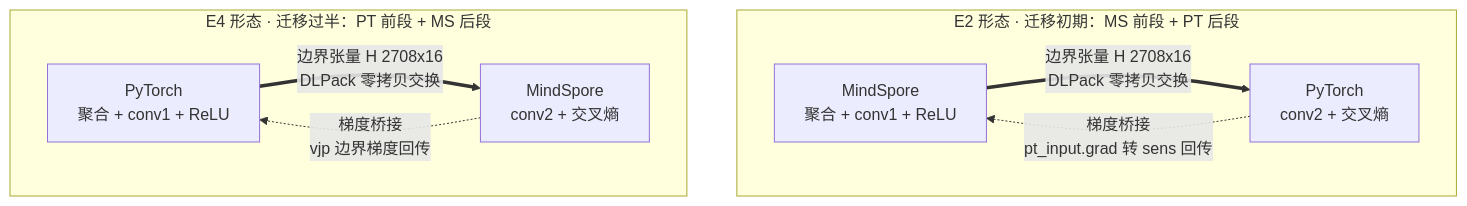
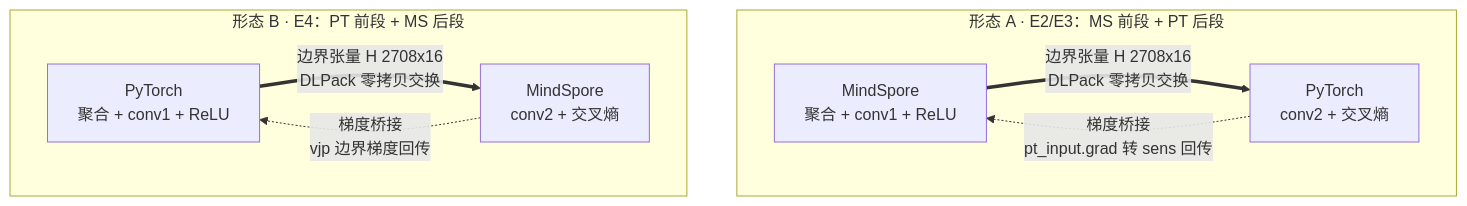
Before and after one commit to gz-ai-frontier-lab/idea-verify: the first of 2 diagrams in dlpack-verify/docs/DLPack混合训练实践报告.md, drawn with Mermaid. The commit also changed other lines of this file and 7 other files, not shown here.

````diff
--- a/dlpack-verify/docs/DLPack混合训练实践报告.md
+++ b/dlpack-verify/docs/DLPack混合训练实践报告.md
@@ -248,13 +155,13 @@
 ```mermaid
 flowchart TB
-    subgraph S1["E2 形态 · 迁移初期：MS 前段 + PT 后段"]
+    subgraph S1["形态 A · E2/E3：MS 前段 + PT 后段"]
         direction LR
         A1["MindSpore<br/>聚合 + conv1 + ReLU"] ==>|"边界张量 H 2708x16<br/>DLPack 零拷贝交换"| B1["PyTorch<br/>conv2 + 交叉熵"]
         B1 -.->|"梯度桥接<br/>pt_input.grad 转 sens 回传"| A1
     end
-    subgraph S2["E4 形态 · 迁移过半：PT 前段 + MS 后段"]
+    subgraph S2["形态 B · E4：PT 前段 + MS 后段"]
         direction LR
         A2["PyTorch<br/>聚合 + conv1 + ReLU"] ==>|"边界张量 H 2708x16<br/>DLPack 零拷贝交换"| B2["MindSpore<br/>conv2 + 交叉熵"]
         B2 -.->|"梯度桥接<br/>vjp 边界梯度回传"| A2
     end
 ```
````
